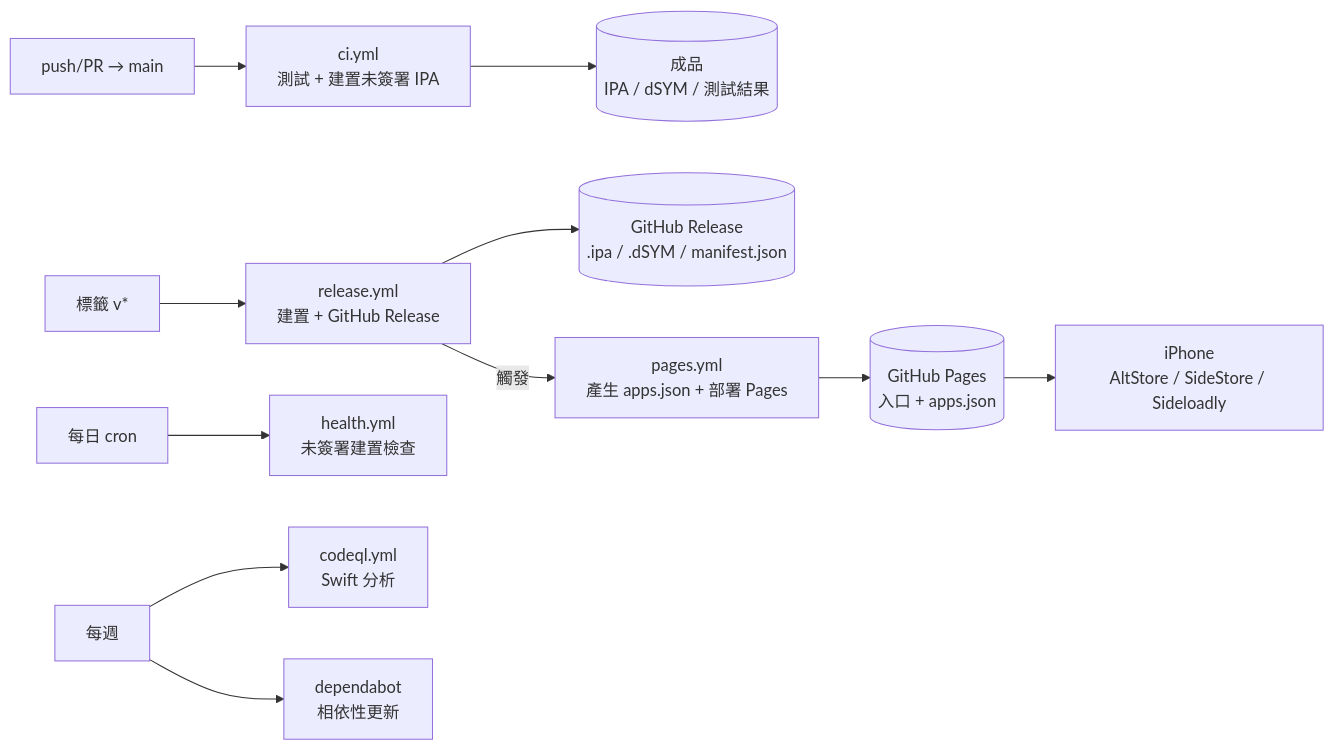
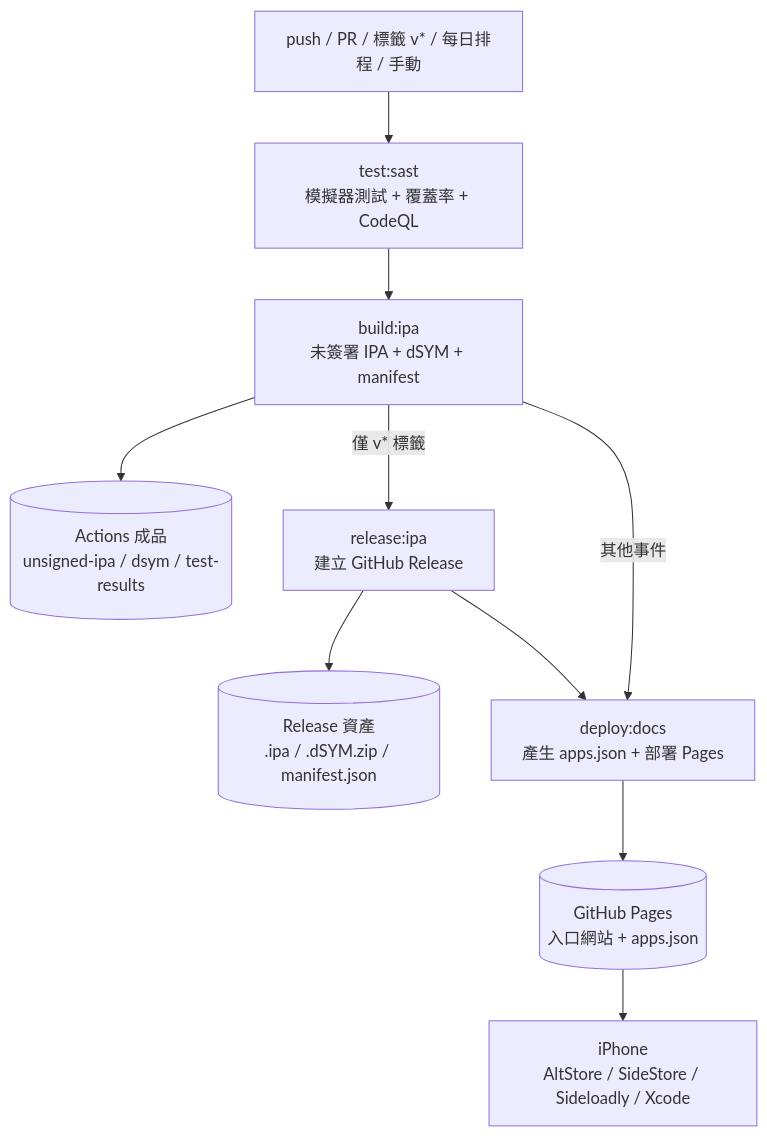
Before and after one commit to Mcc-Mak/ios-app: the diagram in README.md, drawn with Mermaid. The commit also changed other lines of this file and 28 other files, not shown here.

````diff
--- a/README.md
+++ b/README.md
@@ -16,12 +19,12 @@
 ```mermaid
-flowchart LR
-  push["push/PR → main"] --> ci["ci.yml<br/>測試 + 建置未簽署 IPA"]
-  ci --> art[("成品<br/>IPA / dSYM / 測試結果")]
-  tag["標籤 v*"] --> rel["release.yml<br/>建置 + GitHub Release"]
-  rel --> ghrel[("GitHub Release<br/>.ipa / .dSYM / manifest.json")]
-  rel -->|"觸發"| pages["pages.yml<br/>產生 apps.json + 部署 Pages"]
-  pages --> site[("GitHub Pages<br/>入口 + apps.json")]
-  site --> user["iPhone<br/>AltStore / SideStore / Sideloadly"]
-  cron["每日 cron"] --> health["health.yml<br/>未簽署建置檢查"]
-  week["每週"] --> codeql["codeql.yml<br/>Swift 分析"] & dep["dependabot<br/>相依性更新"]
+flowchart TD
+  ev["push / PR / 標籤 v* / 每日排程 / 手動"] --> test["test:sast<br/>模擬器測試 + 覆蓋率 + CodeQL"]
+  test --> build["build:ipa<br/>未簽署 IPA + dSYM + manifest"]
+  build --> art[("Actions 成品<br/>unsigned-ipa / dsym / test-results")]
+  build -->|"僅 v* 標籤"| rel["release:ipa<br/>建立 GitHub Release"]
+  rel --> ghrel[("Release 資產<br/>.ipa / .dSYM.zip / manifest.json")]
+  rel --> deploy["deploy:docs<br/>產生 apps.json + 部署 Pages"]
+  build -->|"其他事件"| deploy
+  deploy --> site[("GitHub Pages<br/>入口網站 + apps.json")]
+  site --> user["iPhone<br/>AltStore / SideStore / Sideloadly / Xcode"]
 ```
````
